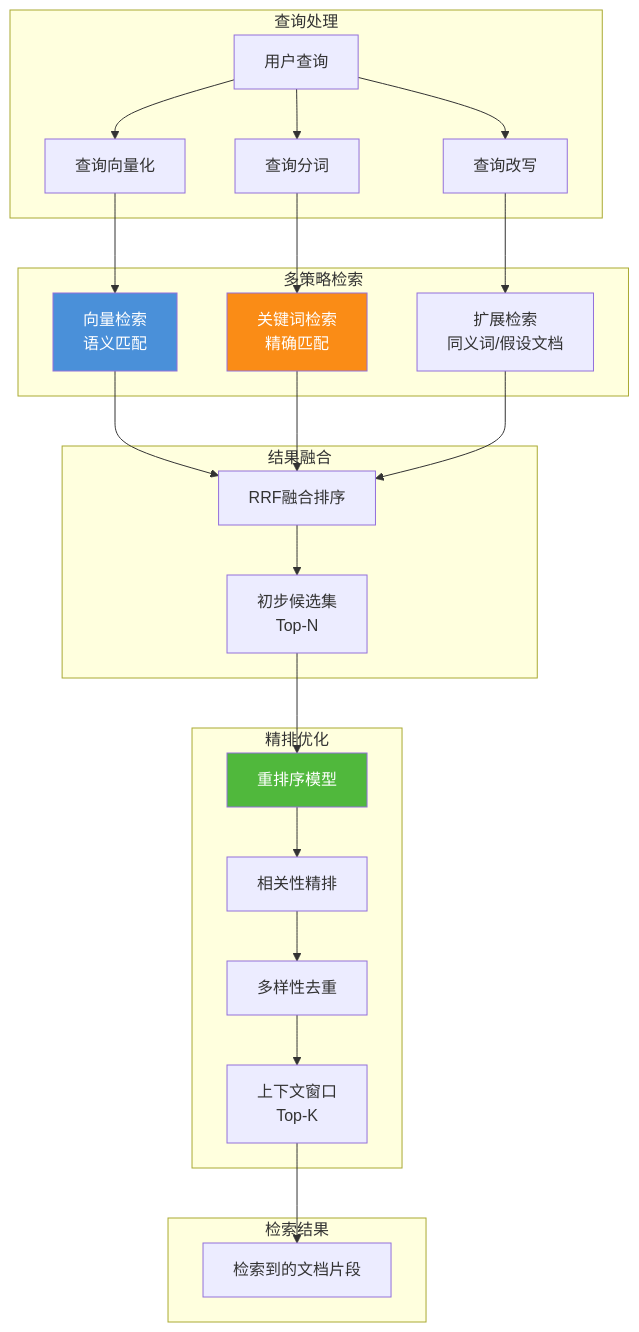
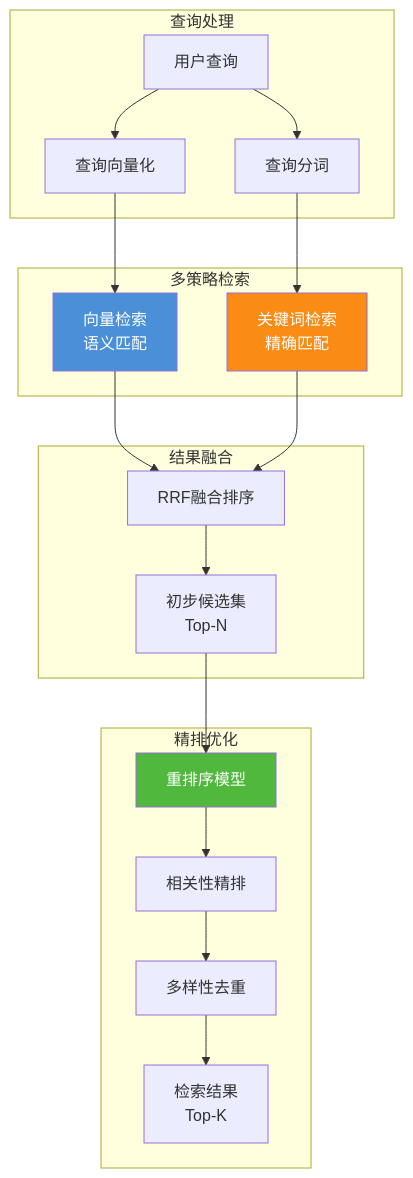
The fifth of 5 diagrams in agent/4RAG 检索增强生成/2RAG工作流程详解.md (mansteinr/note-book), drawn with Mermaid before and after one commit. The commit also changed other lines of this file and 1 other file, not shown here.

Commit message:
Top-k 和 Top-p 有什么区别？

````diff
--- a/agent/4RAG 检索增强生成/2RAG工作流程详解.md
+++ b/agent/4RAG 检索增强生成/2RAG工作流程详解.md
@@ -835,34 +482,28 @@
 ```mermaid
 graph TB
     subgraph "查询处理"
         Q[用户查询] --> Q1[查询向量化]
         Q --> Q2[查询分词]
-        Q --> Q3[查询改写]
     end
     
     subgraph "多策略检索"
         Q1 --> R1[向量检索<br/>语义匹配]
         Q2 --> R2[关键词检索<br/>精确匹配]
-        Q3 --> R3[扩展检索<br/>同义词/假设文档]
     end
     
     subgraph "结果融合"
-        R1 & R2 & R3 --> F[RRF融合排序]
+        R1 & R2 --> F[RRF融合排序]
         F --> FS[初步候选集<br/>Top-N]
     end
     
     subgraph "精排优化"
         FS --> RR[重排序模型]
         RR --> RR1[相关性精排]
         RR1 --> RR2[多样性去重]
-        RR2 --> RR3[上下文窗口<br/>Top-K]
-    end
-    
-    subgraph "检索结果"
-        RR3 --> O[检索到的文档片段]
+        RR2 --> O[检索结果<br/>Top-K]
     end
     
     style R1 fill:#4a90d9,color:#fff
     style R2 fill:#fa8c16,color:#fff
     style RR fill:#50b83c,color:#fff
 ```
````
